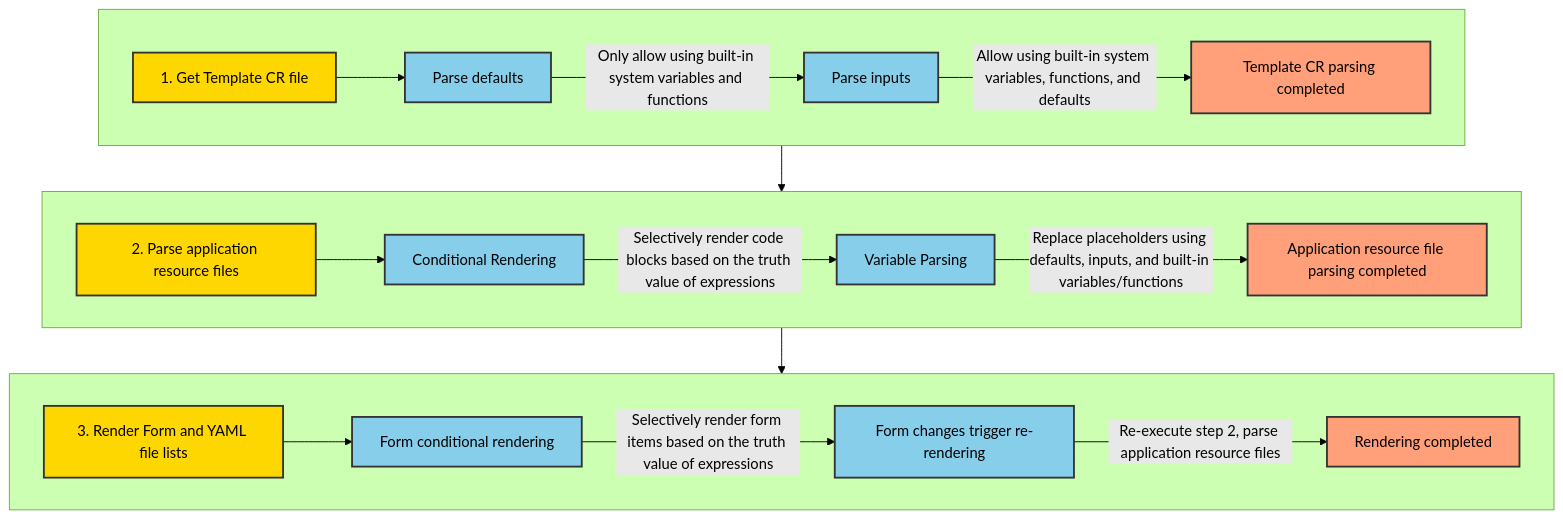
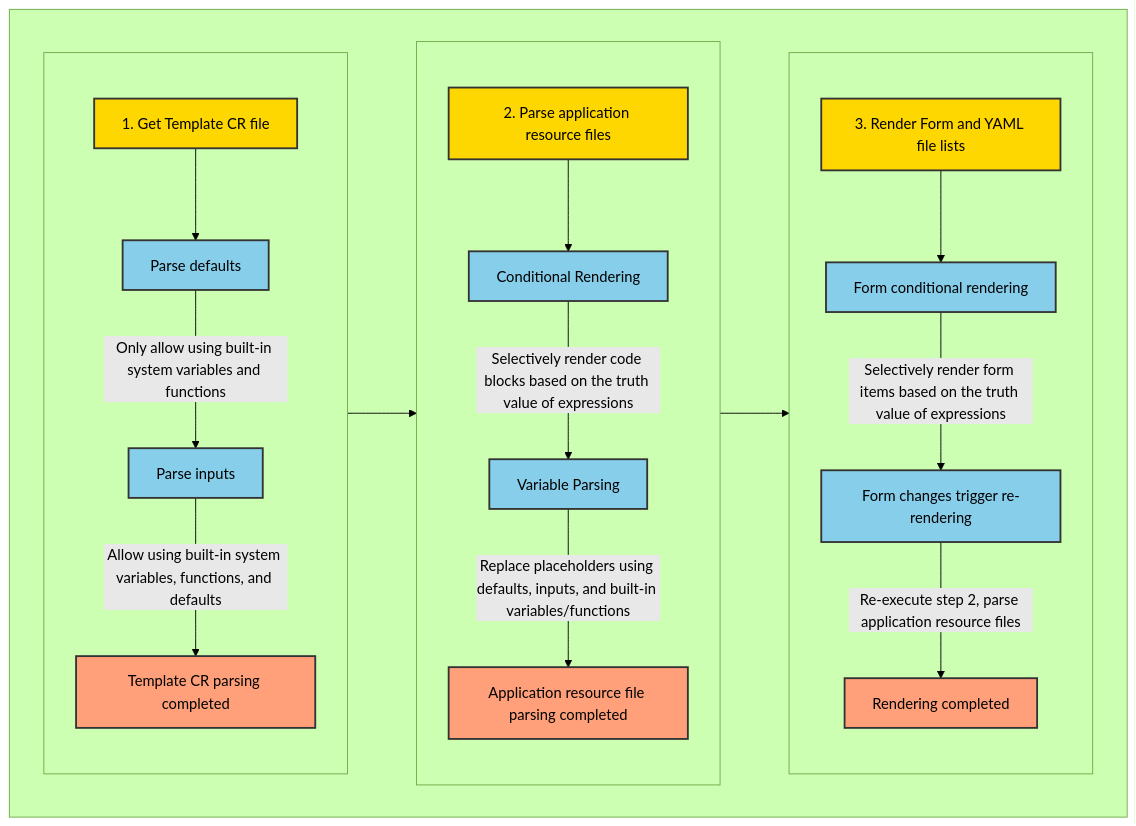
The diagram in example.md (labring-actions/templates), drawn with Mermaid (forest theme) before and after one commit. The commit also changed other lines of this file and 1 other file, not shown here.

````diff
--- a/example.md
+++ b/example.md
@@ -1173,34 +1143,36 @@
 ```mermaid
 graph TD
+  subgraph father[ ]
     style A fill:#FFD700,stroke:#333,stroke-width:2px
     style B fill:#87CEEB,stroke:#333,stroke-width:2px
     style C fill:#87CEEB,stroke:#333,stroke-width:2px
     style D fill:#FFA07A,stroke:#333,stroke-width:2px
     style E fill:#FFD700,stroke:#333,stroke-width:2px
     style F fill:#87CEEB,stroke:#333,stroke-width:2px
     style G fill:#87CEEB,stroke:#333,stroke-width:2px
     style H fill:#FFA07A,stroke:#333,stroke-width:2px
     style I fill:#FFD700,stroke:#333,stroke-width:2px
     style J fill:#87CEEB,stroke:#333,stroke-width:2px
     style K fill:#87CEEB,stroke:#333,stroke-width:2px
     style L fill:#FFA07A,stroke:#333,stroke-width:2px
 
     subgraph sub1[ ]
         A[1. Get Template CR file] --> B[Parse defaults]
         B -- Only allow using built-in system variables and functions --> C[Parse inputs]
         C -- Allow using built-in system variables, functions, and defaults --> D[Template CR parsing completed]
     end
     subgraph sub2[ ]
         E[2. Parse application resource files] --> F[Conditional Rendering]
         F -- Selectively render code blocks based on the truth value of expressions --> G[Variable Parsing]
         G -- Replace placeholders using defaults, inputs, and built-in variables/functions --> H[Application resource file parsing completed]
     end
     subgraph sub3[ ]
         I[3. Render Form and YAML file lists] --> J[Form conditional rendering]
         J -- Selectively render form items based on the truth value of expressions --> K[Form changes trigger re-rendering]
         K -- Re-execute step 2, parse application resource files --> L[Rendering completed]
     end
     
     sub1 --> sub2
     sub2 --> sub3
+  end
 ```
````
